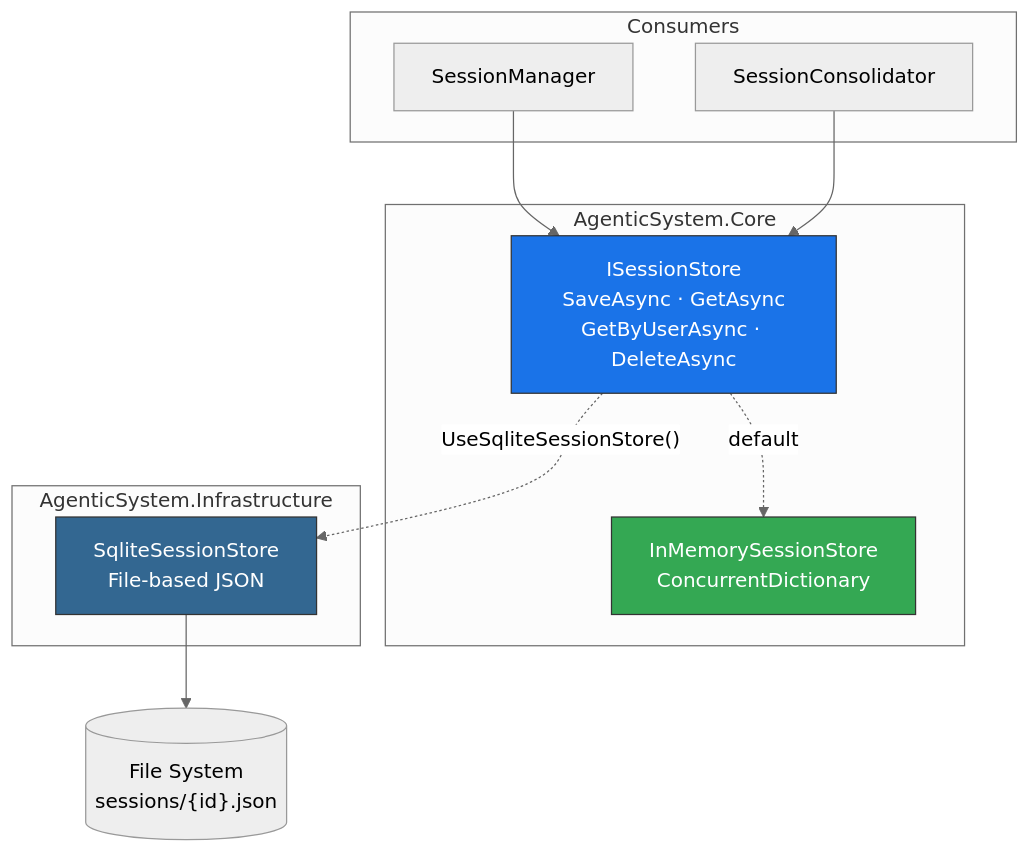
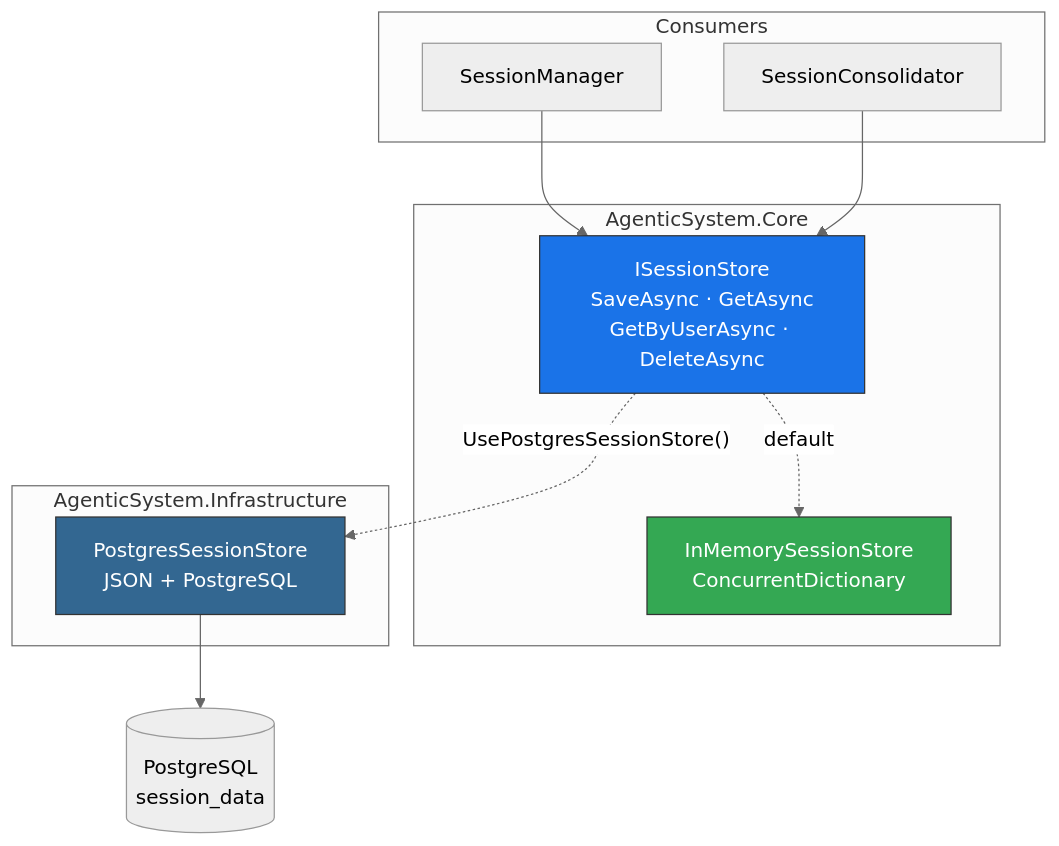
The eighth of 9 diagrams in docs/architecture/diagrams.md (JonathanBenicio/Agent-System), drawn with Mermaid (neutral theme) before and after one commit. The commit also changed other lines of this file and 81 other files, not shown here.

````diff
--- a/docs/architecture/diagrams.md
+++ b/docs/architecture/diagrams.md
@@ -397,26 +367,26 @@
 ```mermaid
 graph TB
     subgraph Core["AgenticSystem.Core"]
         ISTORE[ISessionStore<br/>SaveAsync · GetAsync<br/>GetByUserAsync · DeleteAsync]
         INMEM[InMemorySessionStore<br/>ConcurrentDictionary]
     end
 
     subgraph Infra["AgenticSystem.Infrastructure"]
-        SQLITE[SqliteSessionStore<br/>File-based JSON]
+        POSTGRES[PostgresSessionStore<br/>JSON + PostgreSQL]
     end
 
     subgraph Consumers
         SM[SessionManager]
         SC[SessionConsolidator]
     end
 
     SM --> ISTORE
     SC --> ISTORE
     ISTORE -.->|default| INMEM
-    ISTORE -.->|"UseSqliteSessionStore()"| SQLITE
-    SQLITE --> FS[("File System<br/>sessions/#123;id#125;.json")]
+    ISTORE -.->|"UsePostgresSessionStore()"| POSTGRES
+    POSTGRES --> PG[("PostgreSQL<br/>session_data")]
 
     style ISTORE fill:#1a73e8,stroke:#333,color:#fff
     style INMEM fill:#34a853,stroke:#333,color:#fff
-    style SQLITE fill:#336791,stroke:#333,color:#fff
+    style POSTGRES fill:#336791,stroke:#333,color:#fff
 ```
````
